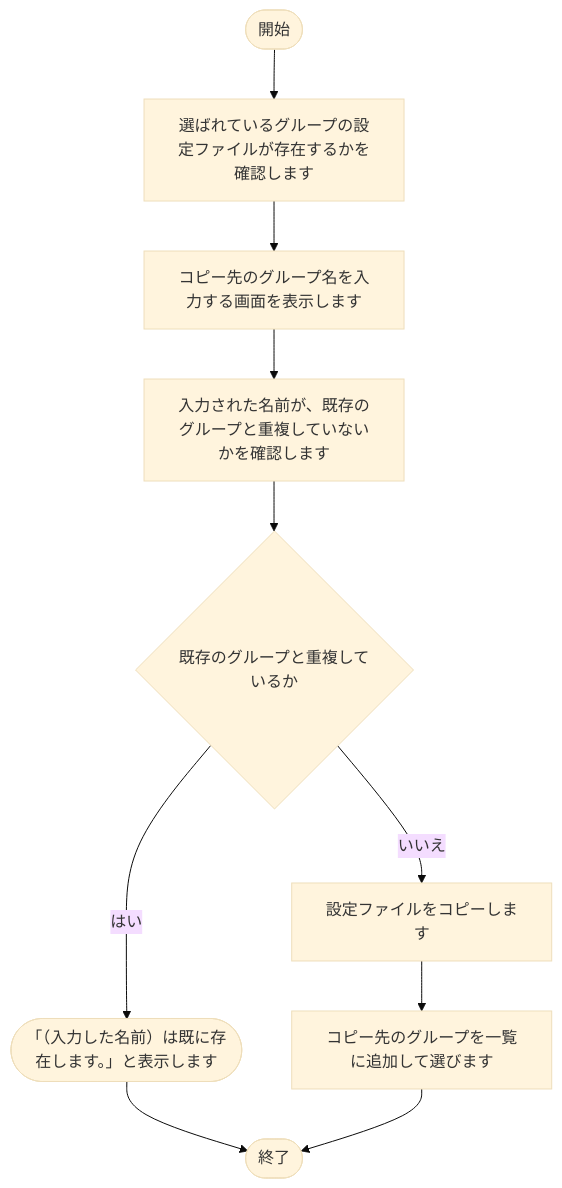
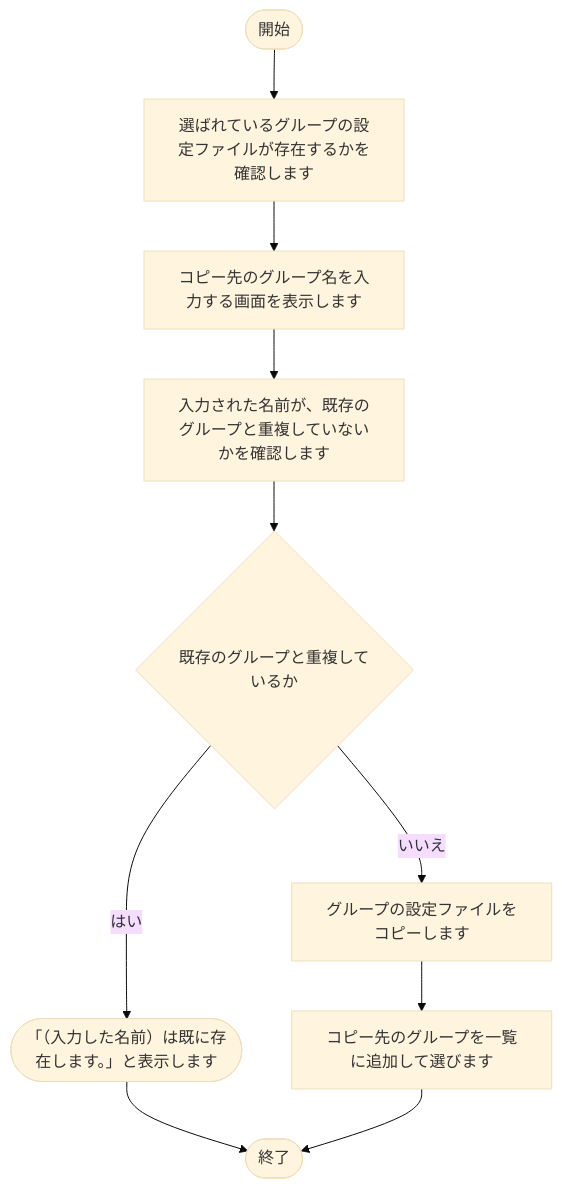
One commit to nishida2073/project_management changed diagram 12 of 16 in tool/kintone-resourse-generator/doc/02_設計/処理フロー.md. Above: the diagram before and after it, drawn with Mermaid (base theme). The commit also changed other lines of this file and 7 other files, not shown here.

````diff
--- a/tool/kintone-resourse-generator/doc/02_設計/処理フロー.md
+++ b/tool/kintone-resourse-generator/doc/02_設計/処理フロー.md
@@ -364,21 +364,21 @@
 ```mermaid
 flowchart TD
     S(["開始"])
     E(["終了"])
     N1["選ばれているグループの設定ファイルが存在するかを確認します"]
     S --> N1
     N2["コピー先のグループ名を入力する画面を表示します"]
     N1 --> N2
     N3["入力された名前が、既存のグループと重複していないかを確認します"]
     N2 --> N3
     N6{"既存のグループと重複しているか"}
     N3 --> N6
     X6(["「（入力した名前）は既に存在します。」と表示します"])
     N6 -- はい --> X6
     X6 --> E
-    N4["設定ファイルをコピーします"]
+    N4["グループの設定ファイルをコピーします"]
     N6 -- いいえ --> N4
     N5["コピー先のグループを一覧に追加して選びます"]
     N4 --> N5
     N5 --> E
 ```
````
